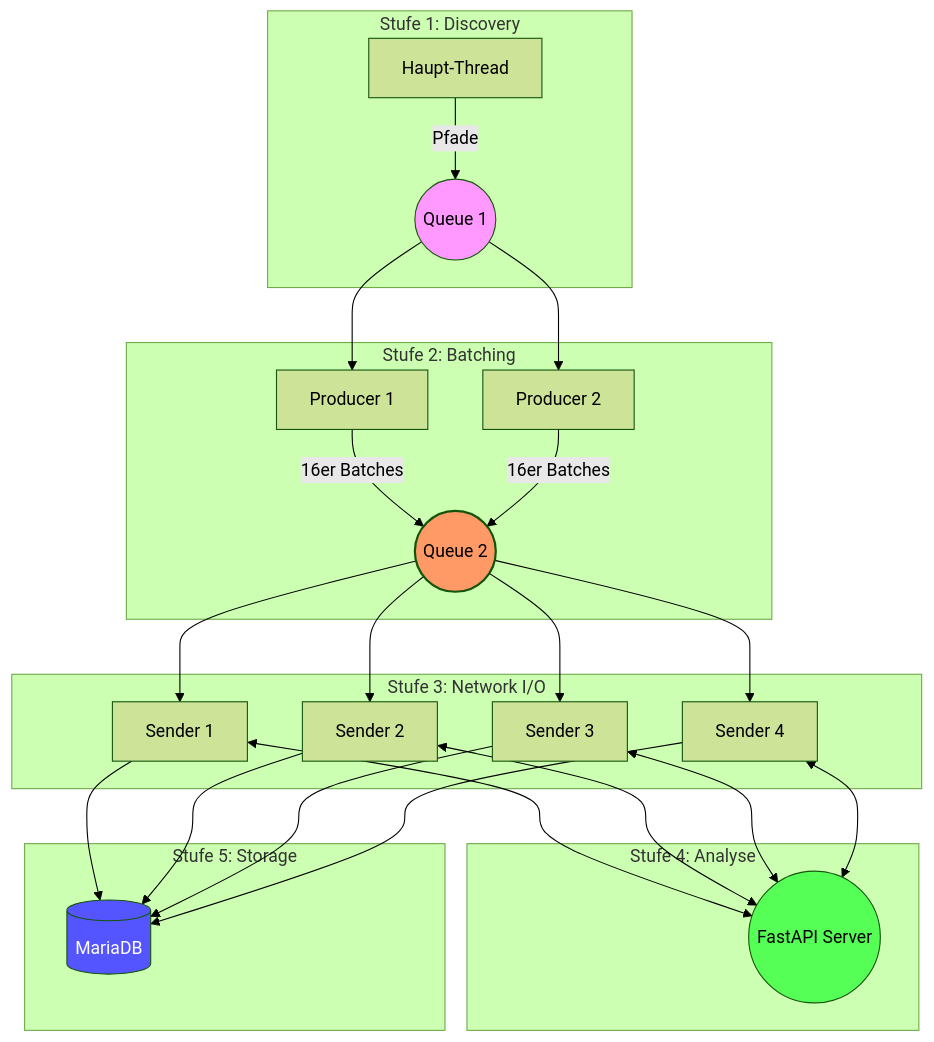
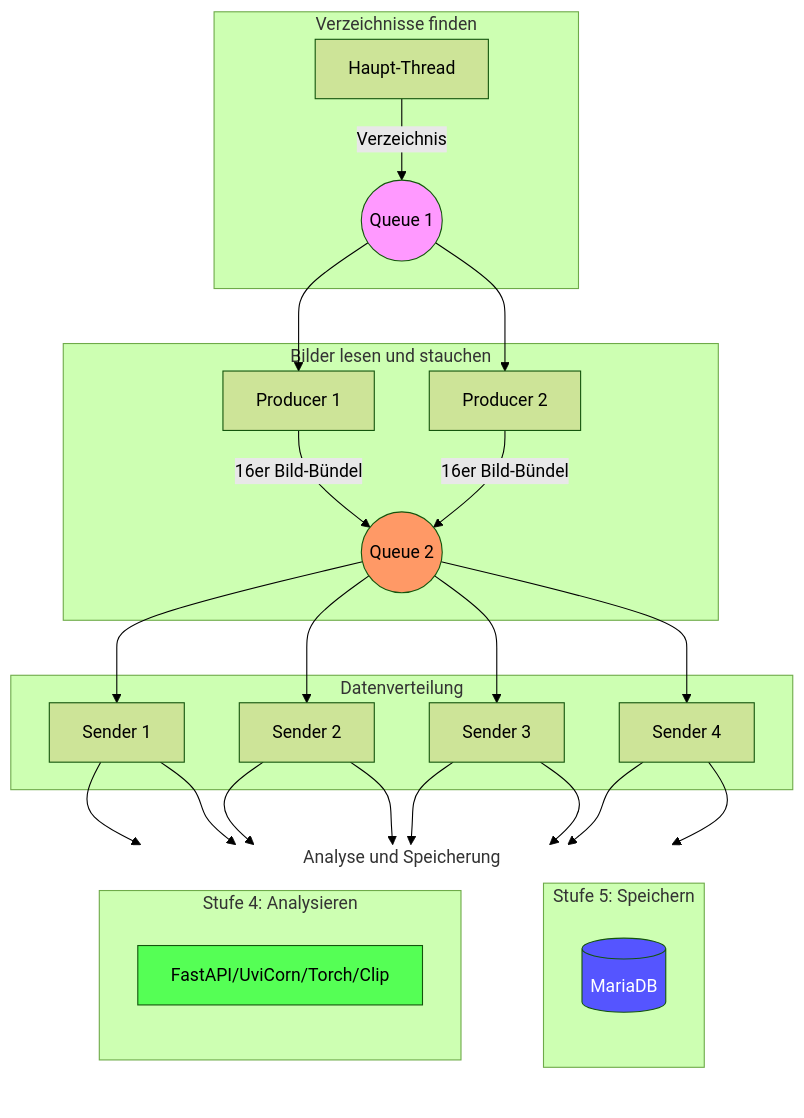
One commit to grasmax/piccat changed the diagram in README.md. Above: the diagram before and after it, drawn with Mermaid (forest theme).

````diff
--- a/README.md
+++ b/README.md
@@ -12,34 +12,44 @@
 ```mermaid
-graph TD
-    subgraph Stufe_1 [Stufe 1: Discovery]
-        HT[Haupt-Thread] -- "Pfade" --> Q1((Queue 1))
+flowchart TD
+    subgraph Stufe_1 [Verzeichnisse finden]
+        HT[Haupt-Thread] -- "Verzeichnis" --> Q1((Queue 1))
     end
 
-    subgraph Stufe_2 [Stufe 2: Batching]
+    subgraph Stufe_2 [Bilder lesen und stauchen]
         Q1 --> P1[Producer 1]
         Q1 --> P2[Producer 2]
-        P1 & P2 -- "16er Batches" --> Q2((Queue 2))
+        P1 & P2 -- "16er Bild-Bündel" --> Q2((Queue 2))
     end
 
-    subgraph Stufe_3 [Stufe 3: Network I/O]
+    subgraph Stufe_3 [Datenverteilung]
         Q2 --> S1[Sender 1]
         Q2 --> S2[Sender 2]
         Q2 --> S3[Sender 3]
         Q2 --> S4[Sender 4]
     end
 
-    subgraph Stufe_4 [Stufe 4: Analyse]
-      S1 & S2 & S3 & S4 <--> Server((FastAPI Server))
+    %% Der Trick für echtes Nebeneinander: Ein Container mit LR
+    subgraph Stufe_4_5 [Analyse und Speicherung]
+        direction LR
+        S4_Analyse[Stufe 4: Analysieren] ~~~ S5_Speicherung[Stufe 5: Speichern]
+        
+        subgraph S4_Analyse [Stufe 4: Analysieren]
+            Server[FastAPI/UviCorn/Torch/Clip]
+        end
+        
+        subgraph S5_Speicherung [Stufe 5: Speichern]
+            DB[(MariaDB)]
+        end
     end
 
-    subgraph Stufe_5 [Stufe 5: Storage]
-      S1 & S2 & S3 & S4 --> DB[(MariaDB)]
-    end
+    %% Verbindungen zu den Subgraphs (stabilisiert das Layout)
+    S1 & S2 & S3 & S4 --> S4_Analyse
+    S1 & S2 & S3 & S4 --> S5_Speicherung
 
-    %% Styling
+    %% Styling nur für existierende IDs
     style Q1 fill:#f9f
-    style Q2 fill:#f96,stroke-width:2px
+    style Q2 fill:#f96
     style DB fill:#55f,color:#fff
     style Server fill:#5f5
-
+    style Stufe_4_5 fill:none,stroke:none
 ```
````
